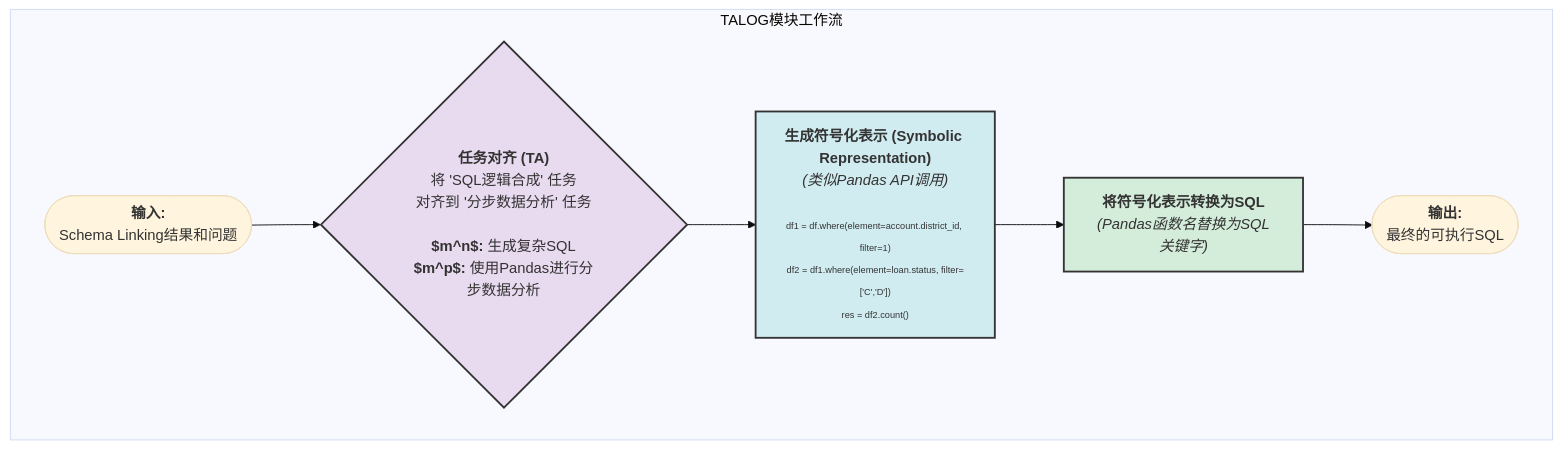
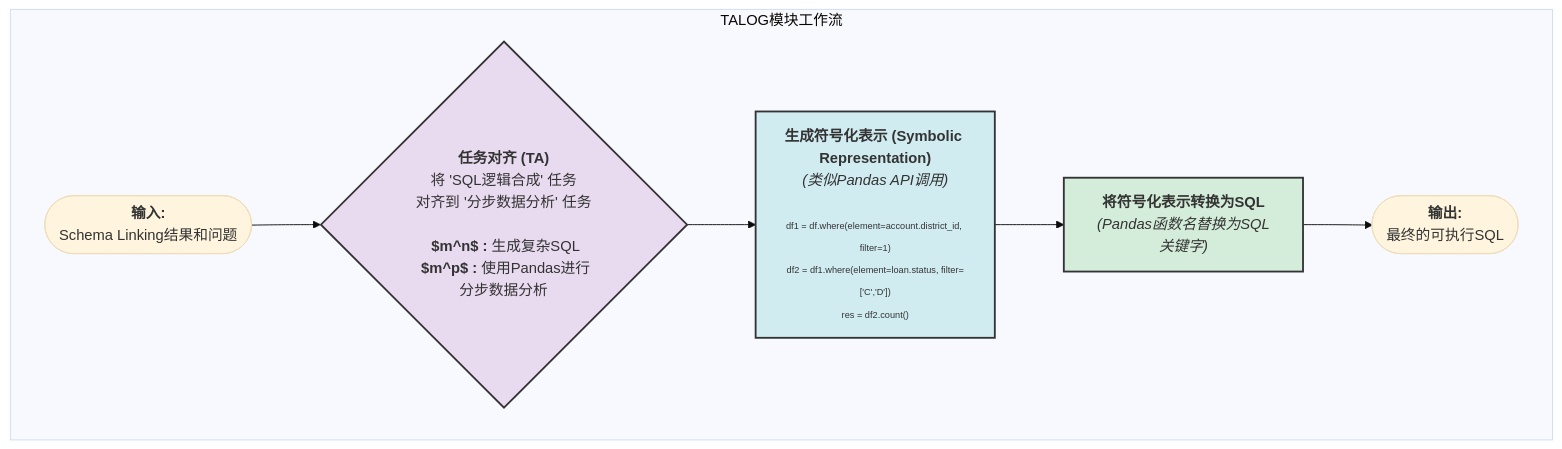
Before and after one commit to digoal/blog: the sixth of 11 diagrams in 202506/20250618_02.md, drawn with Mermaid (base theme).

````diff
--- a/202506/20250618_02.md
+++ b/202506/20250618_02.md
@@ -272,13 +272,13 @@
 ```mermaid
 graph TD
     subgraph "TALOG模块工作流"
-        Input([<b>输入:</b><br>Schema Linking结果和问题]) --> TaskAlignment{"<b>任务对齐 (TA)</b><br>将 'SQL逻辑合成' 任务<br>对齐到 '分步数据分析' 任务<br><br><b>$m^n$:</b> 生成复杂SQL<br><b>$m^p$:</b> 使用Pandas进行分步数据分析"};
+        Input([<b>输入:</b><br>Schema Linking结果和问题]) --> TaskAlignment{"<b>任务对齐 (TA)</b><br>将 'SQL逻辑合成' 任务<br>对齐到 '分步数据分析' 任务<br><br><b> $m^n$ :</b> 生成复杂SQL<br><b> $m^p$ :</b> 使用Pandas进行分步数据分析"};
         TaskAlignment --> SymbolicRepresentation["<b>生成符号化表示 (Symbolic Representation)</b><br><i>(类似Pandas API调用)</i><br><br><font size=1>df1 = df.where(element=account.district_id, filter=1)<br>df2 = df1.where(element=loan.status, filter=['C','D'])<br>res = df2.count()</font>"];
         SymbolicRepresentation --> SQLConversion["<b>将符号化表示转换为SQL</b><br><i>(Pandas函数名替换为SQL关键字)</i>"];
         SQLConversion --> Output([<b>输出:</b><br>最终的可执行SQL]);
     end
 
     style TaskAlignment fill:#E8DAEF,stroke:#333,stroke-width:2px
     style SymbolicRepresentation fill:#D1ECF1,stroke:#333,stroke-width:2px
     style SQLConversion fill:#D4EDDA,stroke:#333,stroke-width:2px
 ```
````
